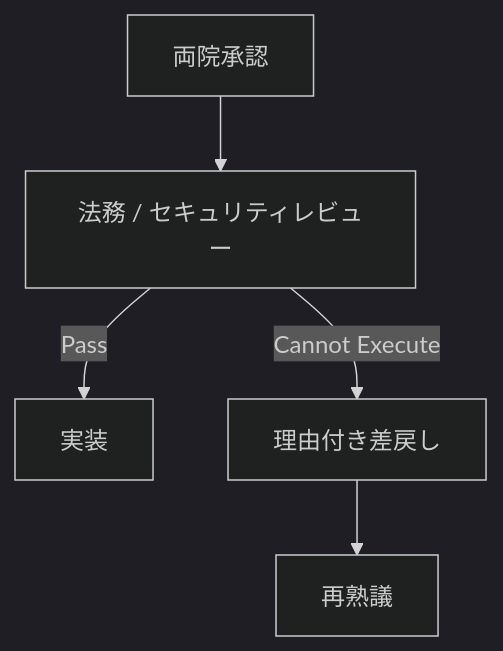
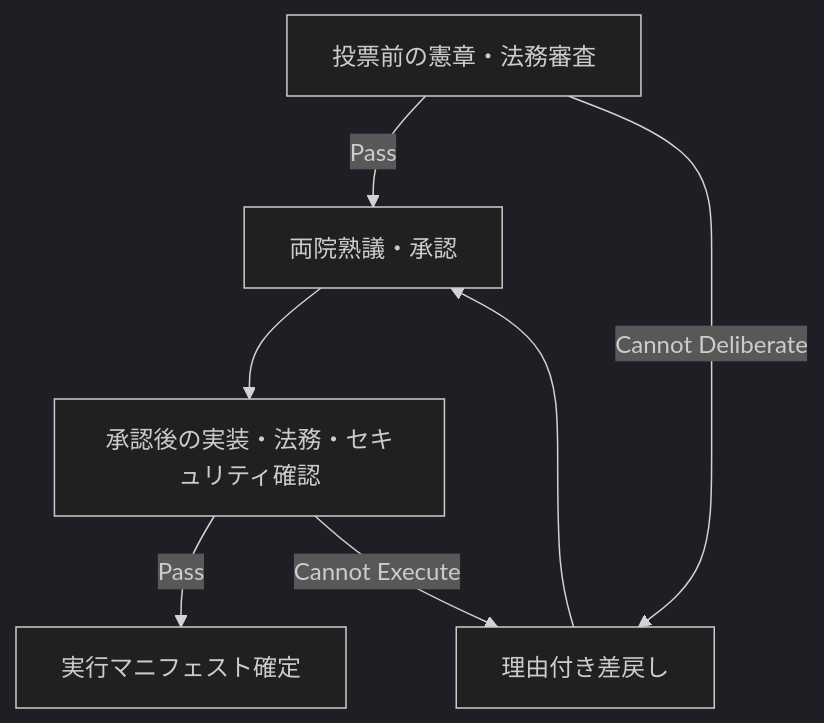
One commit to ShigeichiroYamasaki/creator-first-platform changed diagram 15 of 25 in docs/whitepaper/07-governance.md. Above: the diagram before and after it, drawn with Mermaid (dark theme). The commit also changed other lines of this file and 23 other files, not shown here.

````diff
--- a/docs/whitepaper/07-governance.md
+++ b/docs/whitepaper/07-governance.md
@@ -713,10 +811,12 @@
 ```mermaid
 flowchart TD
-    APPROVED[両院承認]
-    REVIEW[法務 / セキュリティレビュー]
+    PRE[投票前の憲章・法務審査]
+    HOUSES[両院熟議・承認]
+    REVIEW[承認後の実装・法務・セキュリティ確認]
 
-    APPROVED --> REVIEW
-    REVIEW -->|Pass| IMPLEMENT[実装]
+    PRE -->|Pass| HOUSES --> REVIEW
+    PRE -->|Cannot Deliberate| RETURN
+    REVIEW -->|Pass| READY[実行マニフェスト確定]
     REVIEW -->|Cannot Execute| RETURN[理由付き差戻し]
-    RETURN --> HOUSES[再熟議]
+    RETURN --> HOUSES
 ```
````
